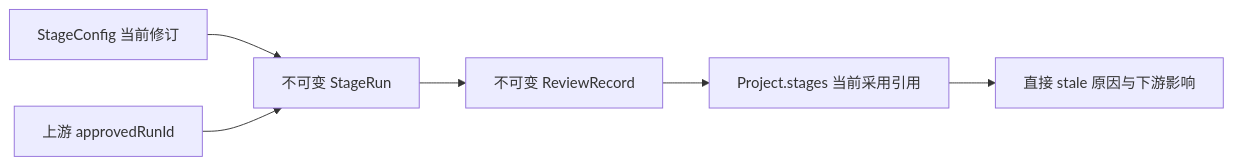
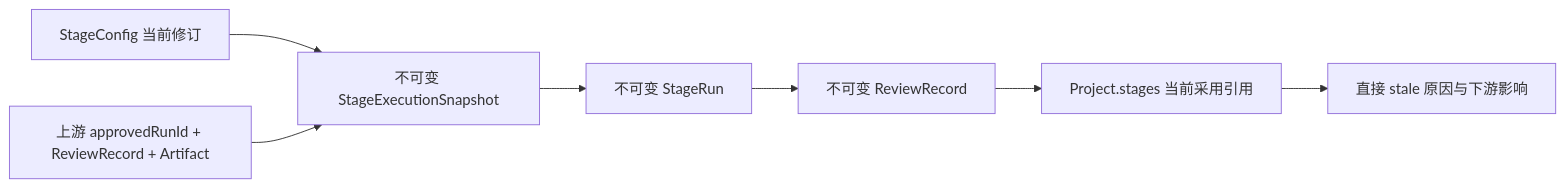
The first of 2 diagrams in docs/workflow-service.md (coconilu/narracut), drawn with Mermaid before and after one commit. The commit also changed other lines of this file and 26 other files, not shown here.

````diff
--- a/docs/workflow-service.md
+++ b/docs/workflow-service.md
@@ -7,8 +7,9 @@
 ```mermaid
 flowchart LR
-  Config["StageConfig 当前修订"] --> Run["不可变 StageRun"]
-  Upstream["上游 approvedRunId"] --> Run
+  Config["StageConfig 当前修订"] --> Snapshot["不可变 StageExecutionSnapshot"]
+  Upstream["上游 approvedRunId + ReviewRecord + Artifact"] --> Snapshot
+  Snapshot --> Run["不可变 StageRun"]
   Run --> Review["不可变 ReviewRecord"]
   Review --> Marker["Project.stages 当前采用引用"]
   Marker --> Impact["直接 stale 原因与下游影响"]
 ```
````
